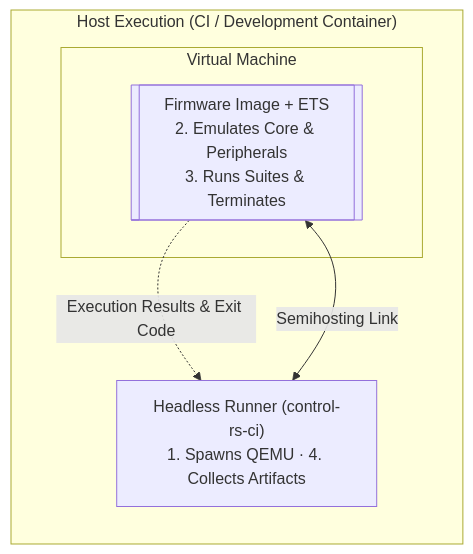
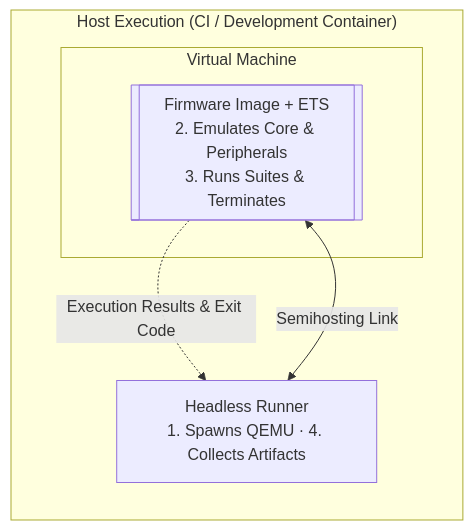
The third of 8 diagrams in documentation/ets/ConOps.md (Dyse-Industries/control-rs), drawn with Mermaid before and after one commit. The commit also changed other lines of this file and 4 other files, not shown here.

````diff
--- a/documentation/ets/ConOps.md
+++ b/documentation/ets/ConOps.md
@@ -88,13 +72,13 @@
 ```mermaid
 flowchart LR
     subgraph SERVER ["Host Execution (CI / Development Container)"]
-        RUNNER["Headless Runner (control-rs-ci)<br/>1. Spawns QEMU · 4. Collects Artifacts"]
+        RUNNER["Headless Runner<br/>1. Spawns QEMU · 4. Collects Artifacts"]
 
         subgraph SIM ["Virtual Machine"]
             VCHIP[["Firmware Image + ETS<br/>2. Emulates Core & Peripherals<br/>3. Runs Suites & Terminates"]]
         end
 
         RUNNER <-->|" Semihosting Link "| VCHIP
         VCHIP -.->|" Execution Results & Exit Code "| RUNNER
     end
 ```
````
